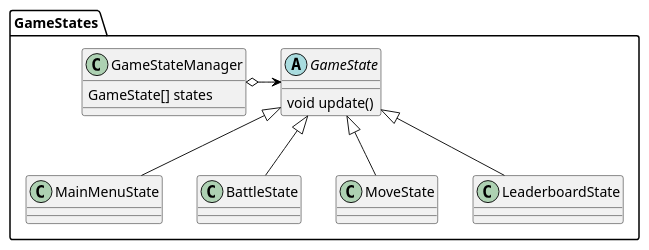
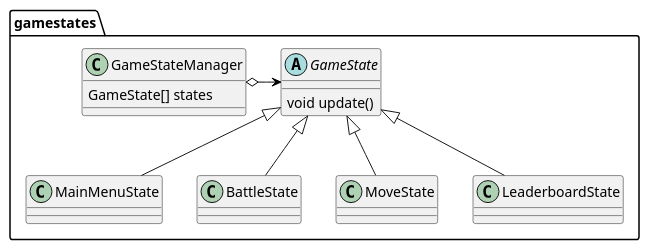
The diagram in docs/Logical/GameState.puml (dotClique/battlegoose), drawn with PlantUML before and after one commit. The commit also changed 3 other files, not shown here.

Commit message:
fix: update package names in diagrams to lower case

```diff
--- a/docs/Logical/GameState.puml
+++ b/docs/Logical/GameState.puml
@@ -1,17 +1,17 @@
 @startuml
 'https://plantuml.com/class-diagram
 
-package GameStates {
+package gamestates {
     class GameStateManager {
         GameState[] states
     }
     GameStateManager o-> GameState #black
     abstract class GameState {
         void update()
     }
     class MainMenuState extends GameState {}
     class BattleState extends GameState {}
     class MoveState extends GameState {}
     class LeaderboardState extends GameState {}
 }
 @enduml
```
